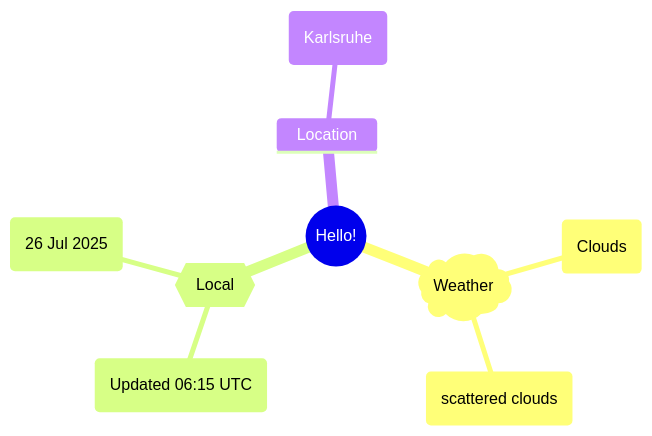
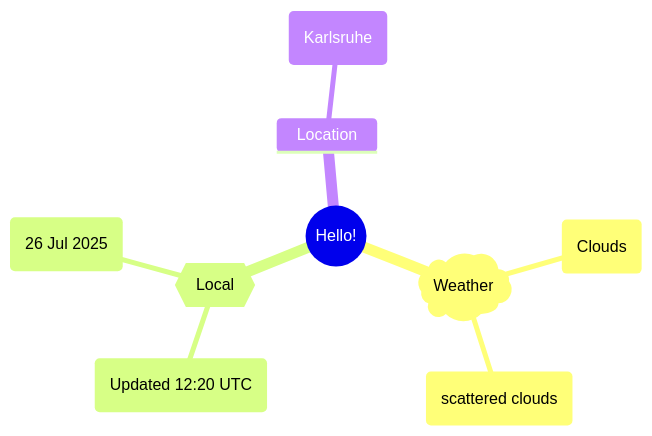
One commit to Xosrov/Xosrov changed the first of 2 diagrams in README.md. Above: the diagram before and after it, drawn with Mermaid.

Commit message:
[bot] updated images

````diff
--- a/README.md
+++ b/README.md
@@ -3,12 +3,12 @@
 ```mermaid
 mindmap
   root((Hello!))
     )Weather(
         (Clouds)
         (scattered clouds)
     {{Local}}
-        (Updated 06:15 UTC)
+        (Updated 12:20 UTC)
         (26 Jul 2025)
     Location
         (Karlsruhe)
 ```
````
